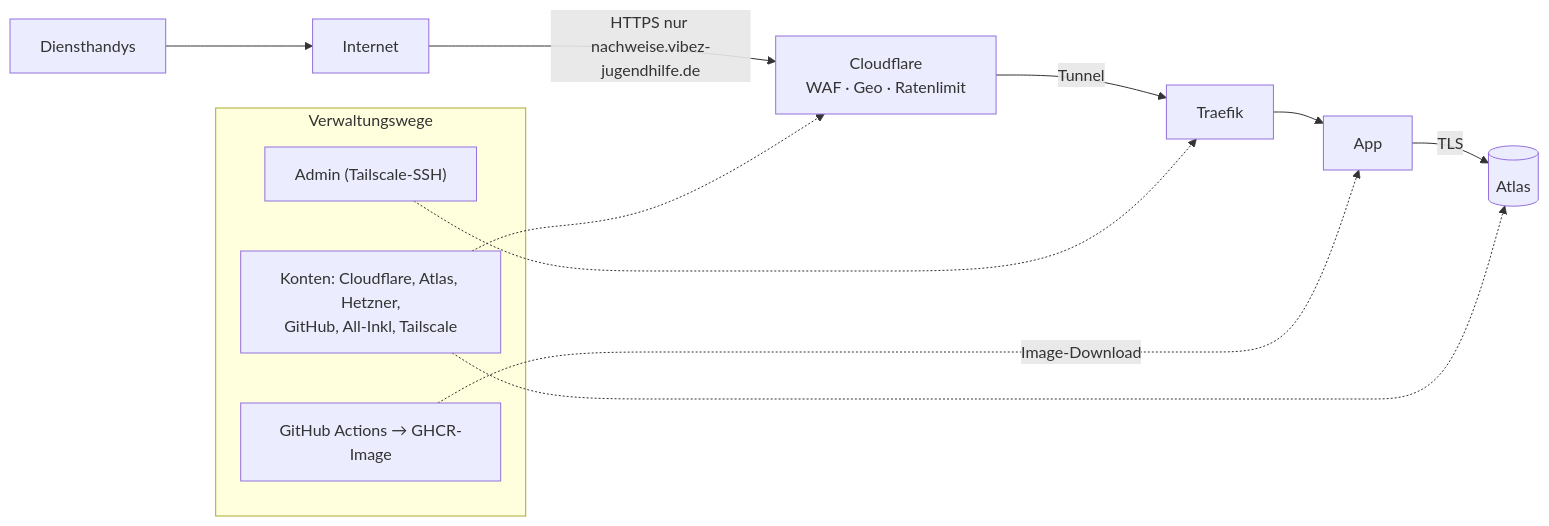
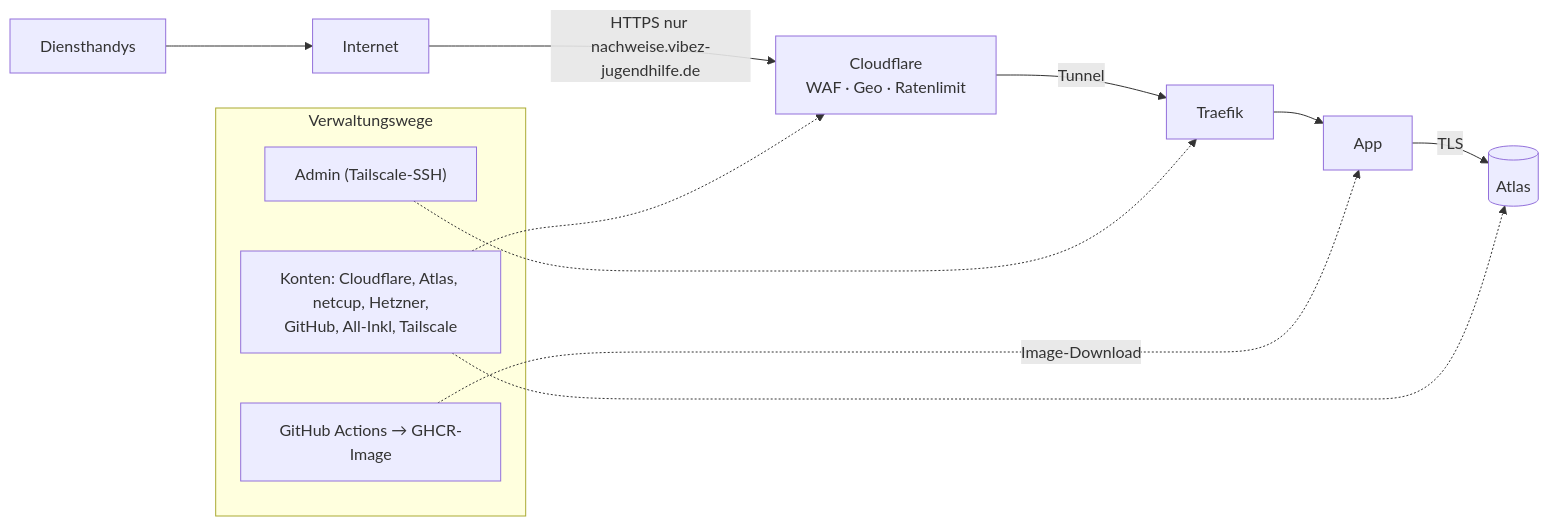
Before and after one commit to mbay-ODW/vibez-betrieb: the diagram in docs/sicherheitsanalyse.md, drawn with Mermaid. The commit also changed other lines of this file and 12 other files, not shown here.

````diff
--- a/docs/sicherheitsanalyse.md
+++ b/docs/sicherheitsanalyse.md
@@ -41,15 +41,15 @@
 ```mermaid
 flowchart LR
     I["Internet"] -->|"HTTPS nur nachweise.vibez-jugendhilfe.de"| CF["Cloudflare<br/>WAF · Geo · Ratenlimit"]
     CF -->|Tunnel| T["Traefik"] --> A["App"]
     A -->|TLS| DB[("Atlas")]
     subgraph Verwaltungswege
       ADM["Admin (Tailscale-SSH)"]
-      KON["Konten: Cloudflare, Atlas, Hetzner,<br/>GitHub, All-Inkl, Tailscale"]
+      KON["Konten: Cloudflare, Atlas, netcup, Hetzner,<br/>GitHub, All-Inkl, Tailscale"]
       CI["GitHub Actions → GHCR-Image"]
     end
     ADM -.-> T
     KON -.-> CF & DB
     CI -.->|"Image-Download"| A
     H["Diensthandys"] --> I
 ```
````
